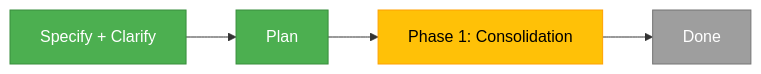
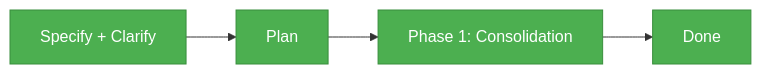
One commit to jakkaj/tools changed the second of 2 diagrams in docs/plans/024-harness-nucleus/harness-nucleus.fltplan.md. Above: the diagram before and after it, drawn with Mermaid. The commit also changed other lines of this file and 2 other files, not shown here.

````diff
--- a/docs/plans/024-harness-nucleus/harness-nucleus.fltplan.md
+++ b/docs/plans/024-harness-nucleus/harness-nucleus.fltplan.md
@@ -93,10 +93,10 @@
 ```mermaid
 flowchart LR
     classDef done fill:#4CAF50,stroke:#388E3C,color:#fff
     classDef active fill:#FFC107,stroke:#FFA000,color:#000
     classDef ready fill:#9E9E9E,stroke:#757575,color:#fff
 
     S[Specify + Clarify]:::done --> P[Plan]:::done
-    P --> P1[Phase 1: Consolidation]:::active
-    P1 --> D[Done]:::ready
+    P --> P1[Phase 1: Consolidation]:::done
+    P1 --> D[Done]:::done
 ```
````
